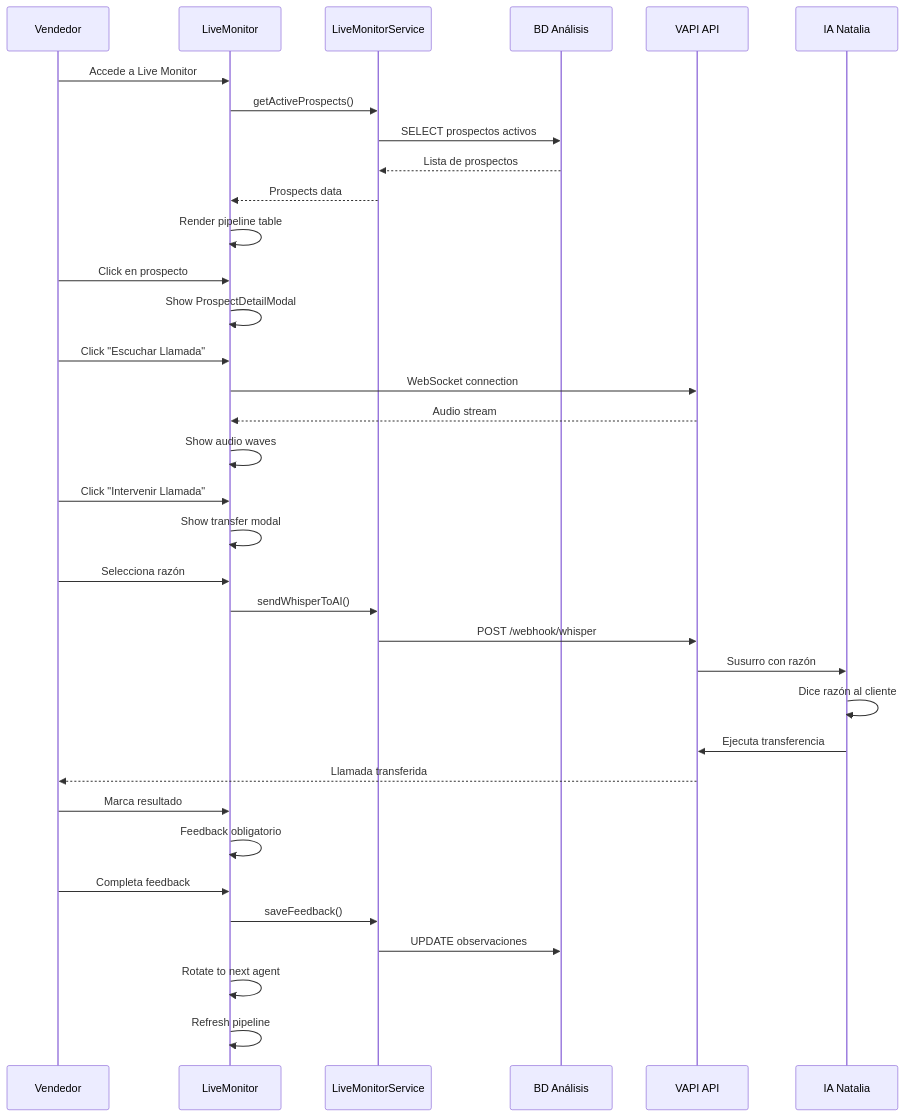
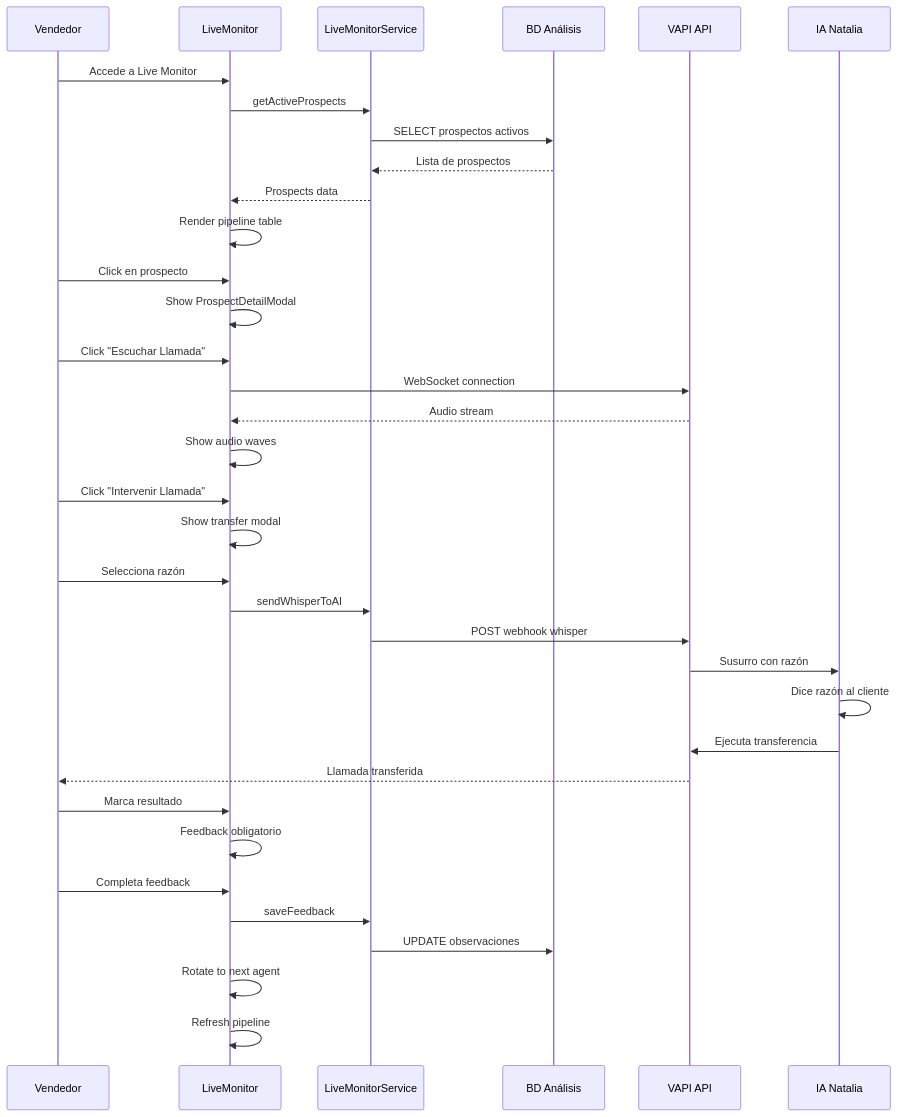
The ninth of 16 diagrams in docs/ARCHITECTURE_DIAGRAMS.md (rodrigo-vidanta/analisis_web), drawn with Mermaid before and after one commit. The commit also changed other lines of this file, not shown here.

First line of the commit message:
🔧 Corregir sintaxis de diagramas Mermaid

````diff
--- a/docs/ARCHITECTURE_DIAGRAMS.md
+++ b/docs/ARCHITECTURE_DIAGRAMS.md
@@ -505,42 +505,42 @@
 ```mermaid
 sequenceDiagram
     participant V as Vendedor
     participant LM as LiveMonitor
     participant LMS as LiveMonitorService
     participant BD as BD Análisis
     participant VAPI as VAPI API
     participant IA as IA Natalia
     
     V->>LM: Accede a Live Monitor
-    LM->>LMS: getActiveProspects()
+    LM->>LMS: getActiveProspects
     LMS->>BD: SELECT prospectos activos
     BD-->>LMS: Lista de prospectos
     LMS-->>LM: Prospects data
     LM->>LM: Render pipeline table
     
     V->>LM: Click en prospecto
     LM->>LM: Show ProspectDetailModal
     
     V->>LM: Click "Escuchar Llamada"
     LM->>VAPI: WebSocket connection
     VAPI-->>LM: Audio stream
     LM->>LM: Show audio waves
     
     V->>LM: Click "Intervenir Llamada"
     LM->>LM: Show transfer modal
     V->>LM: Selecciona razón
-    LM->>LMS: sendWhisperToAI()
-    LMS->>VAPI: POST /webhook/whisper
+    LM->>LMS: sendWhisperToAI
+    LMS->>VAPI: POST webhook whisper
     VAPI->>IA: Susurro con razón
     IA->>IA: Dice razón al cliente
     IA->>VAPI: Ejecuta transferencia
     VAPI-->>V: Llamada transferida
     
     V->>LM: Marca resultado
     LM->>LM: Feedback obligatorio
     V->>LM: Completa feedback
-    LM->>LMS: saveFeedback()
+    LM->>LMS: saveFeedback
     LMS->>BD: UPDATE observaciones
     LM->>LM: Rotate to next agent
     LM->>LM: Refresh pipeline
 ```
````
